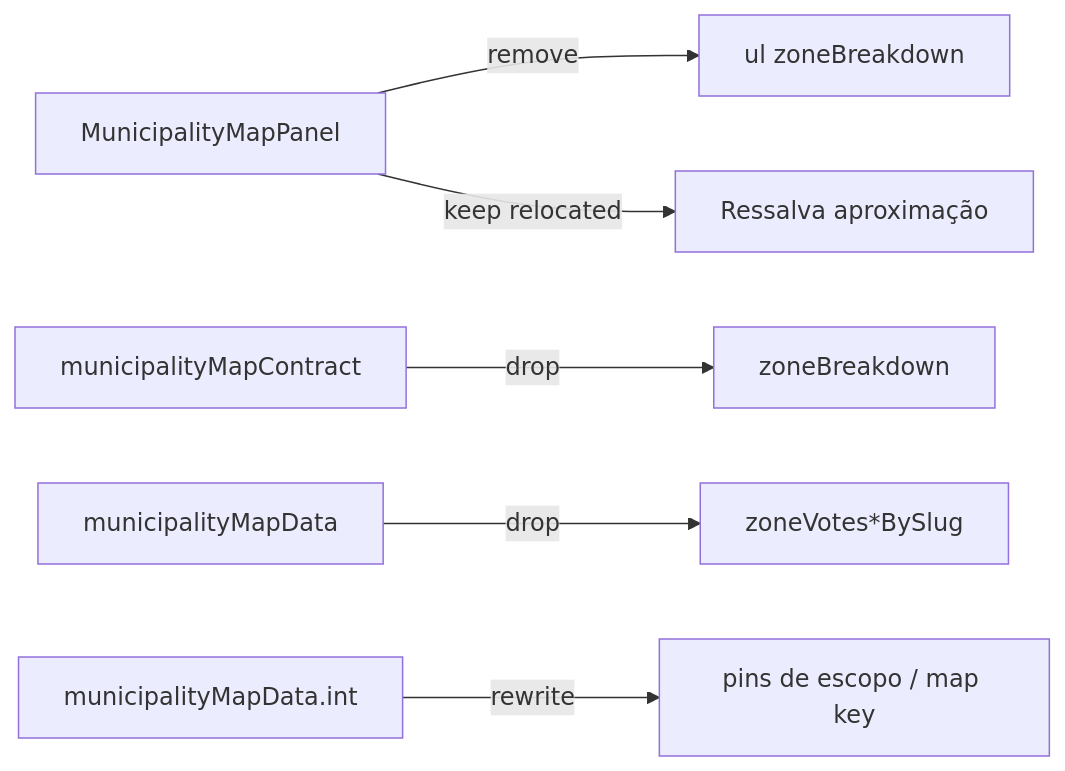
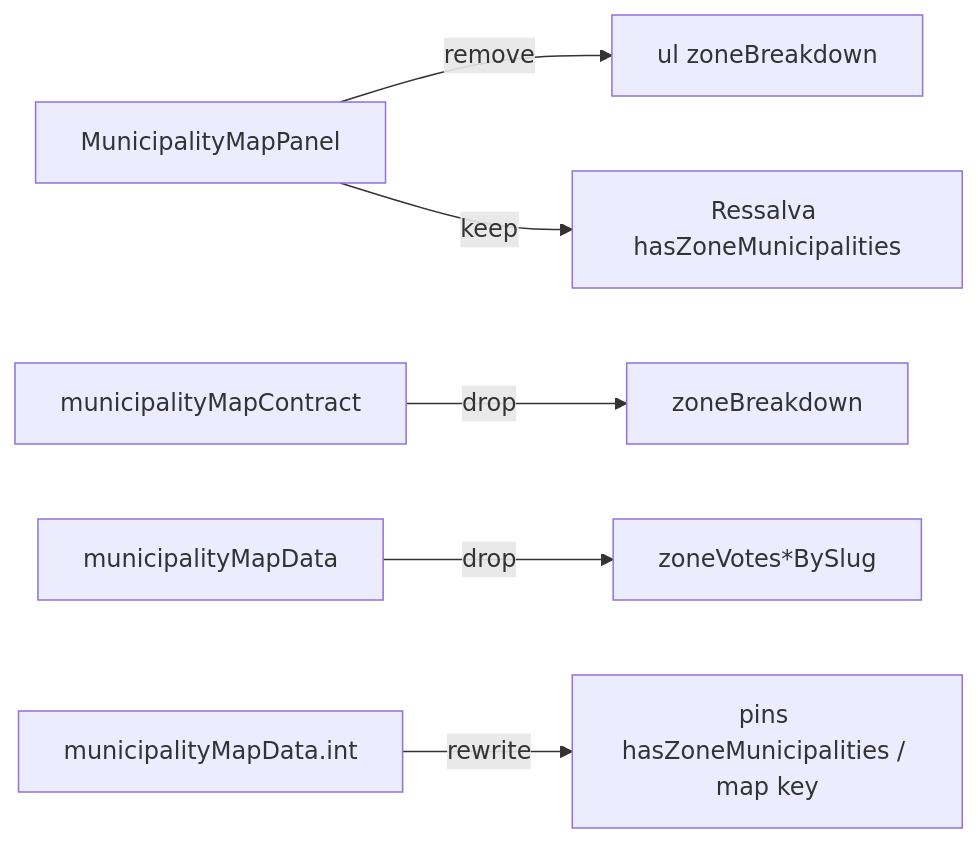
One commit to fsolla/teqo changed the diagram in docs/plans/remover-lista-zonas-mapa-inicio.md. Above: the diagram before and after it, drawn with Mermaid. The commit also changed other lines of this file and 7 other files, not shown here.

First line of the commit message:
Remove the redundant zone list under the campaign map.

````diff
--- a/docs/plans/remover-lista-zonas-mapa-inicio.md
+++ b/docs/plans/remover-lista-zonas-mapa-inicio.md
@@ -62,8 +66,8 @@
 ```mermaid
 flowchart LR
   panel["MunicipalityMapPanel"] -->|remove| list["ul zoneBreakdown"]
-  panel -->|keep relocated| note["Ressalva aproximação"]
+  panel -->|keep| note["Ressalva hasZoneMunicipalities"]
   contract["municipalityMapContract"] -->|drop| zb["zoneBreakdown"]
   loader["municipalityMapData"] -->|drop| maps["zoneVotes*BySlug"]
-  tests["municipalityMapData.int"] -->|rewrite| scope["pins de escopo / map key"]
+  tests["municipalityMapData.int"] -->|rewrite| scope["pins hasZoneMunicipalities / map key"]
 ```
````
